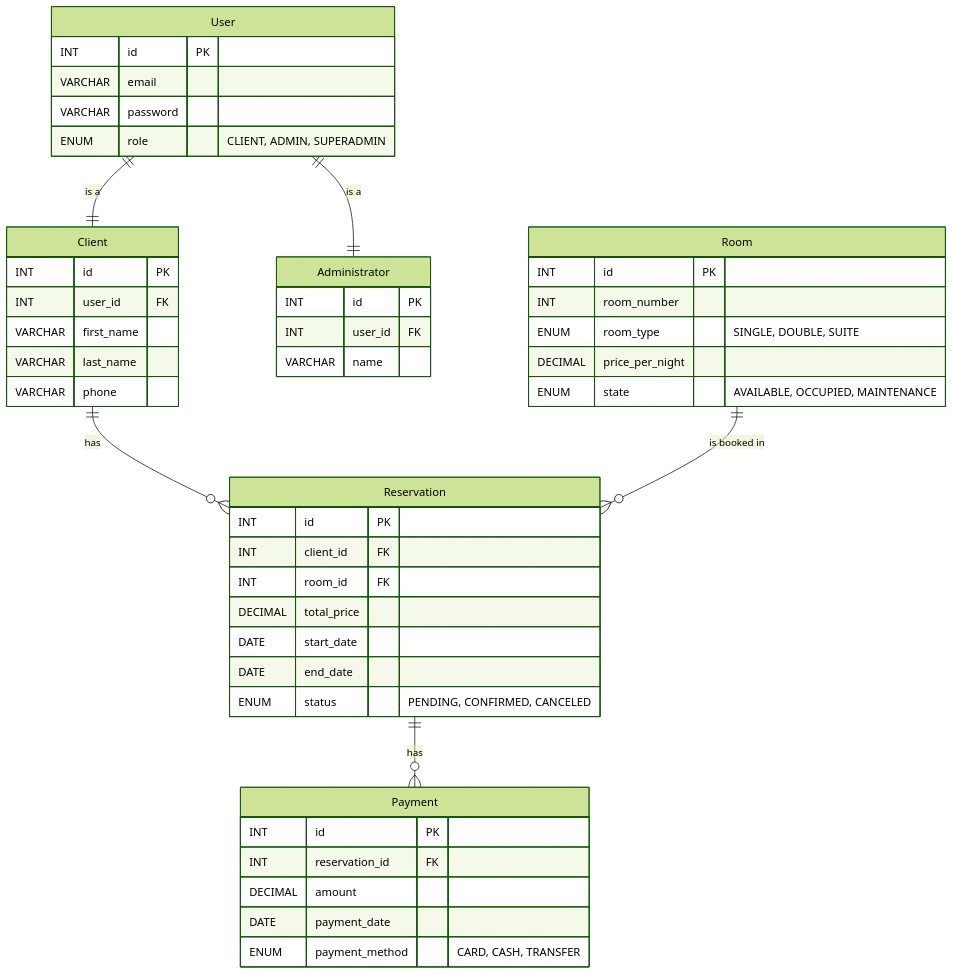
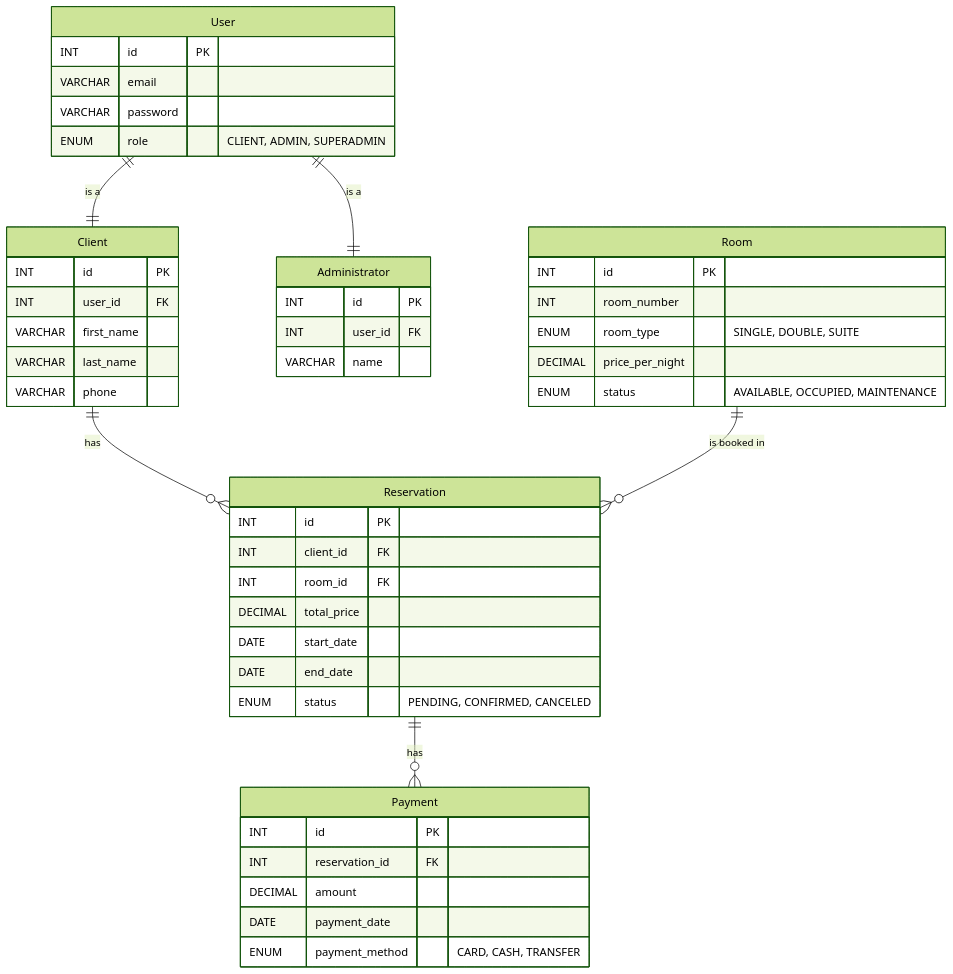
The first of 4 diagrams in README.md (asobrados03/HotelManagementAPI), drawn with Mermaid (forest theme) before and after one commit.

````diff
--- a/README.md
+++ b/README.md
@@ -6,55 +6,55 @@
 ```mermaid
 erDiagram
     User {
         INT id PK
         VARCHAR email
         VARCHAR password
         ENUM role "CLIENT, ADMIN, SUPERADMIN"
     }
 
     Client {
         INT id PK
         INT user_id FK
         VARCHAR first_name
         VARCHAR last_name
         VARCHAR phone
     }
 
     Administrator {
         INT id PK
         INT user_id FK
         VARCHAR name
     }
 
     Room {
         INT id PK
         INT room_number
         ENUM room_type "SINGLE, DOUBLE, SUITE"
         DECIMAL price_per_night
-        ENUM state "AVAILABLE, OCCUPIED, MAINTENANCE"
+        ENUM status "AVAILABLE, OCCUPIED, MAINTENANCE"
     }
 
     Reservation {
         INT id PK
         INT client_id FK
         INT room_id FK
         DECIMAL total_price
         DATE start_date
         DATE end_date
         ENUM status "PENDING, CONFIRMED, CANCELED"
     }
 
     Payment {
         INT id PK
         INT reservation_id FK
         DECIMAL amount
         DATE payment_date
         ENUM payment_method "CARD, CASH, TRANSFER"
     }
 
     Client ||--o{ Reservation : has
     Room ||--o{ Reservation : "is booked in"
     Reservation ||--o{ Payment : has
     User ||--|| Client : "is a"
     User ||--|| Administrator : "is a"
 ```
````
